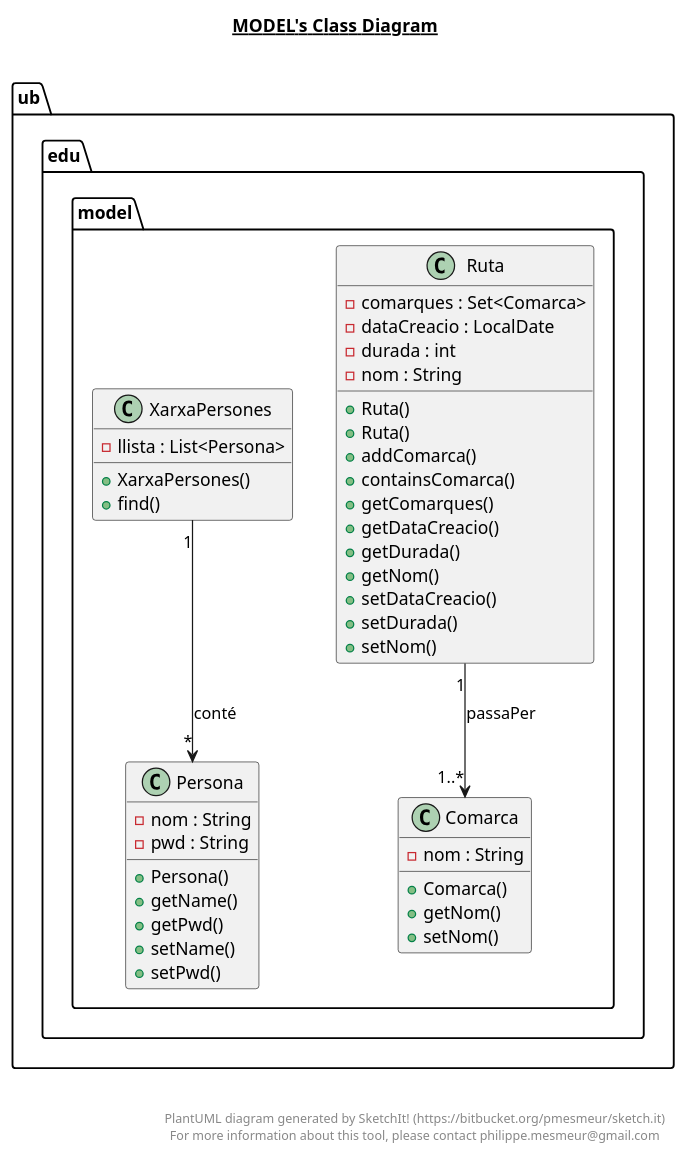
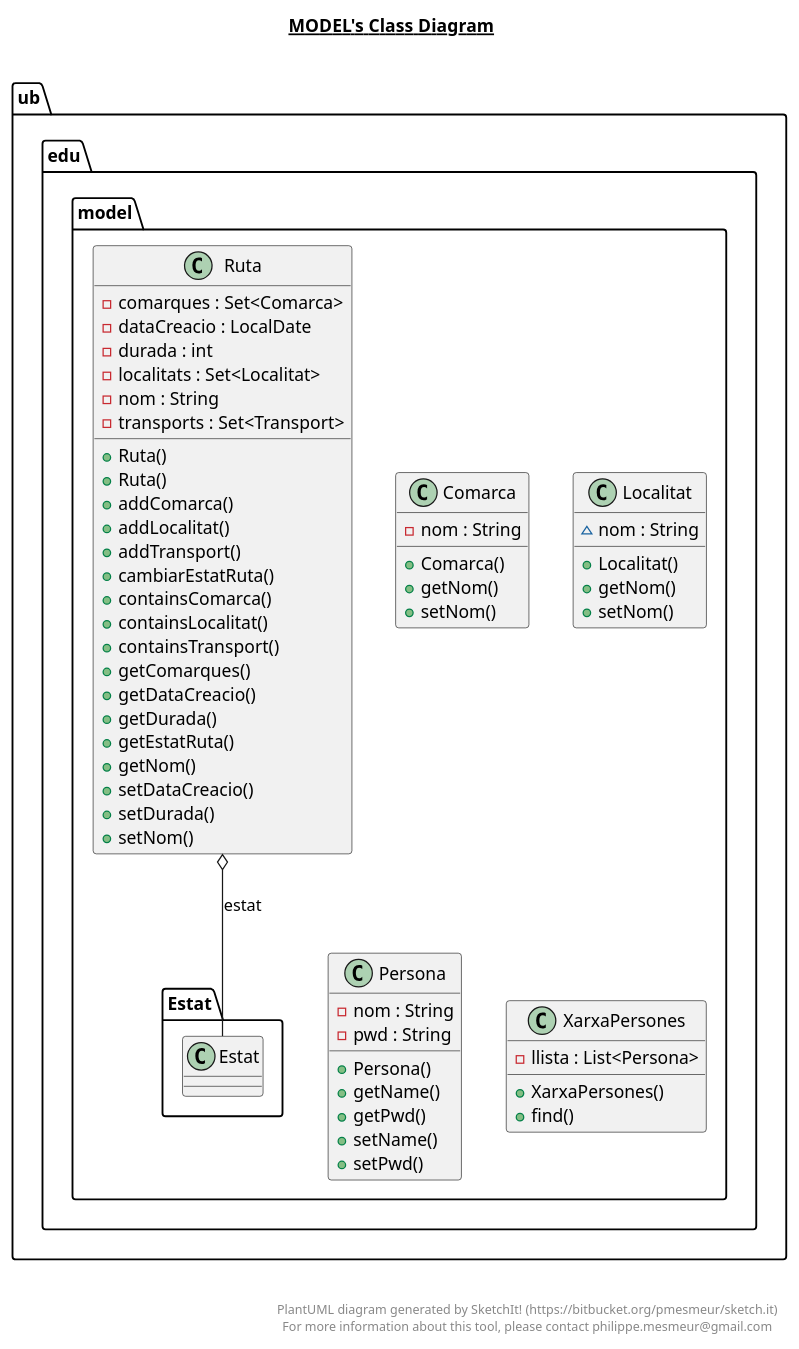
One commit to Samot2003/p3-tripu-dao-a12_reava changed the diagram in out/production/p2-tripu-dao-a12/ub/edu/model/model.plantuml. Above: the diagram before and after it, drawn with PlantUML. The commit also changed 30 other files, not shown here.

```diff
--- a/out/production/p2-tripu-dao-a12/ub/edu/model/model.plantuml
+++ b/out/production/p2-tripu-dao-a12/ub/edu/model/model.plantuml
@@ -1,67 +1,86 @@
 @startuml
 
 title __MODEL's Class Diagram__\n
 
   namespace ub.edu.model {
     class ub.edu.model.Comarca {
         - nom : String
         + Comarca()
+        + getNom()
+        + setNom()
+    }
+  }
+  
+
+  namespace ub.edu.model {
+    class ub.edu.model.Localitat {
+        ~ nom : String
+        + Localitat()
         + getNom()
         + setNom()
     }
   }
   
 
   namespace ub.edu.model {
     class ub.edu.model.Persona {
         - nom : String
         - pwd : String
         + Persona()
         + getName()
         + getPwd()
         + setName()
         + setPwd()
     }
   }
   
 
   namespace ub.edu.model {
     class ub.edu.model.Ruta {
         - comarques : Set<Comarca>
         - dataCreacio : LocalDate
         - durada : int
+        - localitats : Set<Localitat>
         - nom : String
+        - transports : Set<Transport>
         + Ruta()
         + Ruta()
         + addComarca()
+        + addLocalitat()
+        + addTransport()
+        + cambiarEstatRuta()
         + containsComarca()
+        + containsLocalitat()
+        + containsTransport()
         + getComarques()
         + getDataCreacio()
         + getDurada()
+        + getEstatRuta()
         + getNom()
         + setDataCreacio()
         + setDurada()
         + setNom()
     }
   }
   
 
   namespace ub.edu.model {
     class ub.edu.model.XarxaPersones {
         - llista : List<Persona>
         + XarxaPersones()
         + find()
     }
   }
   
 
-ub.edu.model.XarxaPersones "1" --> "*" ub.edu.model.Persona : conté
-ub.edu.model.Ruta "1" --> "1..*" ub.edu.model.Comarca : passaPer
+  ub.edu.model.Ruta o-- ub.edu.model.Estat.Estat : estat
+
+
 right footer
 
 
 PlantUML diagram generated by SketchIt! (https://bitbucket.org/pmesmeur/sketch.it)
 For more information about this tool, please contact philippe.mesmeur@gmail.com
 endfooter
 
 @enduml
```
